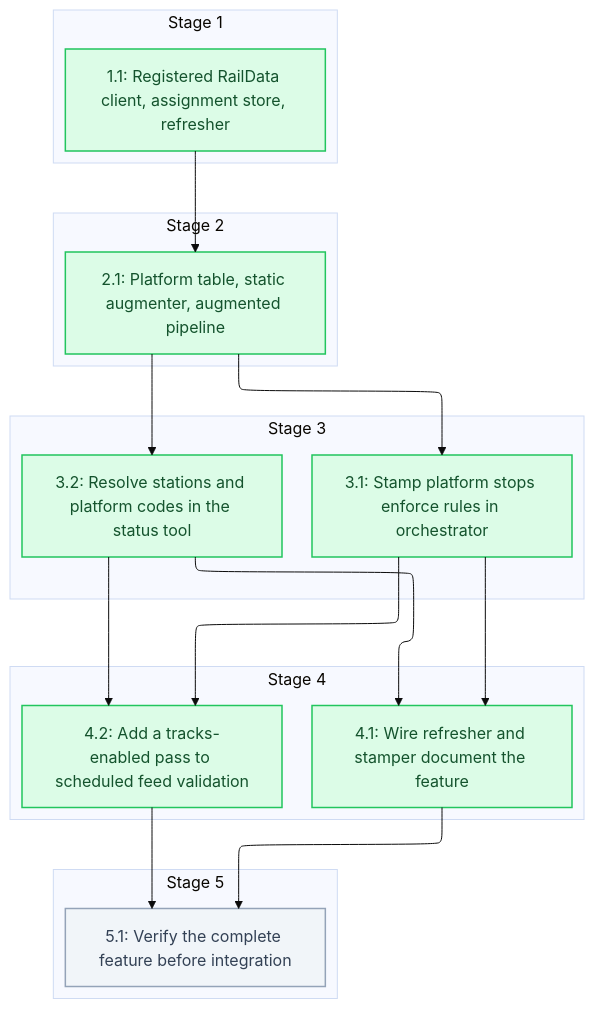
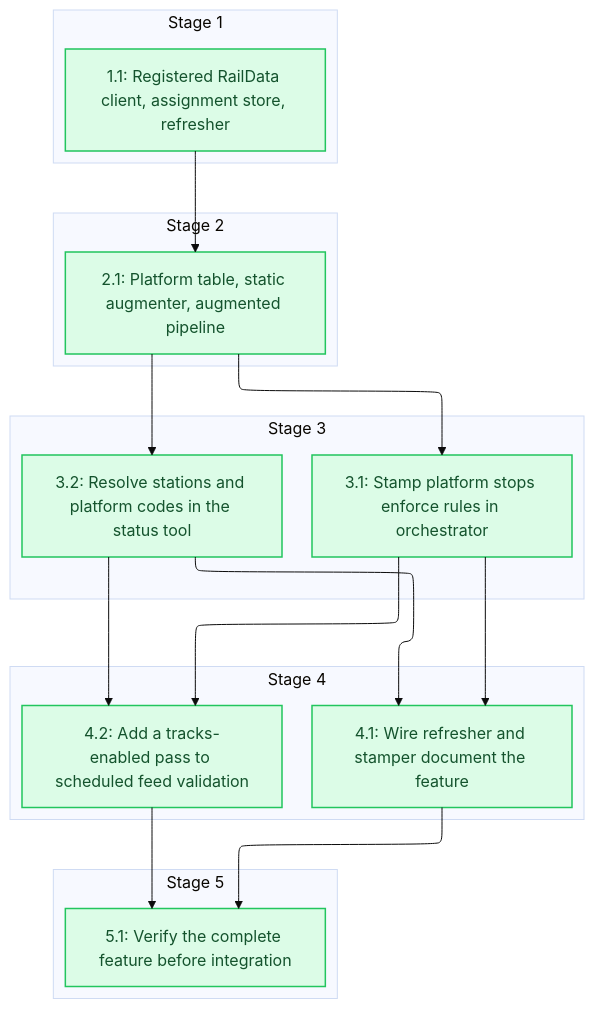
One commit to sohampatwardhan/Amtrak-GTFS-RT changed the diagram in .specs/track-assignments/04_tasks.md. Above: the diagram before and after it, drawn with Mermaid (base theme). The commit also changed other lines of this file and 6 other files, not shown here.

````diff
--- a/.specs/track-assignments/04_tasks.md
+++ b/.specs/track-assignments/04_tasks.md
@@ -9,39 +9,38 @@
 ```mermaid
 %%{init: {'flowchart': {'defaultRenderer': 'elk'}}}%%
 flowchart TD
   classDef done fill:#dcfce7,stroke:#22c55e,stroke-width:1.5px,color:#14532d
-  classDef pending fill:#f1f5f9,stroke:#94a3b8,stroke-width:1.5px,color:#334155
   subgraph n_stage_1["Stage 1"]
     n_1_1@{ shape: rect, label: "1.1: Registered RailData client, assignment store, refresher" }
   end
   subgraph n_stage_2["Stage 2"]
     n_2_1@{ shape: rect, label: "2.1: Platform table, static augmenter, augmented pipeline" }
   end
   subgraph n_stage_3["Stage 3"]
     n_3_1@{ shape: rect, label: "3.1: Stamp platform stops enforce rules in orchestrator" }
     n_3_2@{ shape: rect, label: "3.2: Resolve stations and platform codes in the status tool" }
   end
   subgraph n_stage_4["Stage 4"]
     n_4_1@{ shape: rect, label: "4.1: Wire refresher and stamper document the feature" }
     n_4_2@{ shape: rect, label: "4.2: Add a tracks-enabled pass to scheduled feed validation" }
   end
   subgraph n_stage_5["Stage 5"]
     n_5_1@{ shape: rect, label: "5.1: Verify the complete feature before integration" }
   end
   n_1_1 --> n_2_1
   n_2_1 --> n_3_1
   n_2_1 --> n_3_2
   n_3_1 --> n_4_1
   n_3_2 --> n_4_1
   n_3_1 --> n_4_2
   n_3_2 --> n_4_2
   n_4_1 --> n_5_1
   n_4_2 --> n_5_1
   class n_1_1 done
   class n_2_1 done
   class n_3_1 done
   class n_3_2 done
   class n_4_1 done
   class n_4_2 done
-  class n_5_1 pending
+  class n_5_1 done
 ```
````
